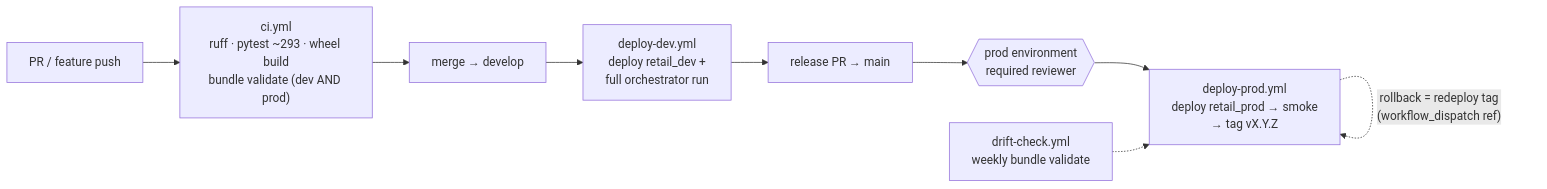
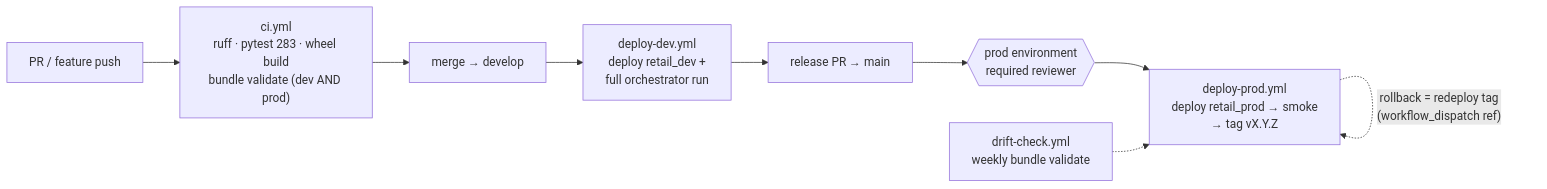
The third of 4 diagrams in README.md (pattarakornmarkk-web/DataEn_project), drawn with Mermaid before and after one commit. The commit also changed other lines of this file and 26 other files, not shown here.

````diff
--- a/README.md
+++ b/README.md
@@ -145,11 +145,11 @@
 ```mermaid
 flowchart LR
-    PR["PR / feature push"] --> CI["ci.yml<br/>ruff · pytest ~293 · wheel build<br/>bundle validate (dev AND prod)"]
+    PR["PR / feature push"] --> CI["ci.yml<br/>ruff · pytest 283 · wheel build<br/>bundle validate (dev AND prod)"]
     CI --> MD["merge → develop"]
     MD --> DD["deploy-dev.yml<br/>deploy retail_dev +<br/>full orchestrator run"]
     DD --> RP["release PR → main"]
     RP --> GATE{{"prod environment<br/>required reviewer"}}
     GATE --> DP["deploy-prod.yml<br/>deploy retail_prod → smoke<br/>→ tag vX.Y.Z"]
     DP -. "rollback = redeploy tag<br/>(workflow_dispatch ref)" .-> DP
     W["drift-check.yml<br/>weekly bundle validate"] -.-> DP
 ```
````
